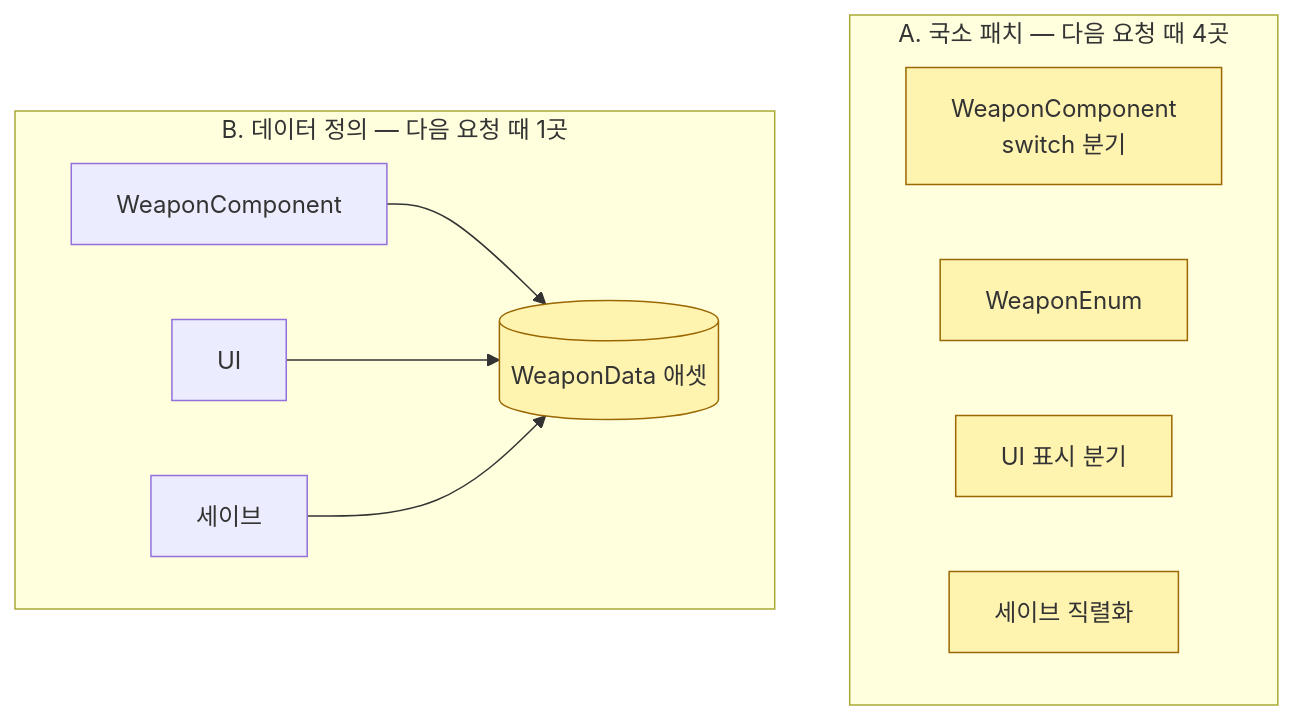
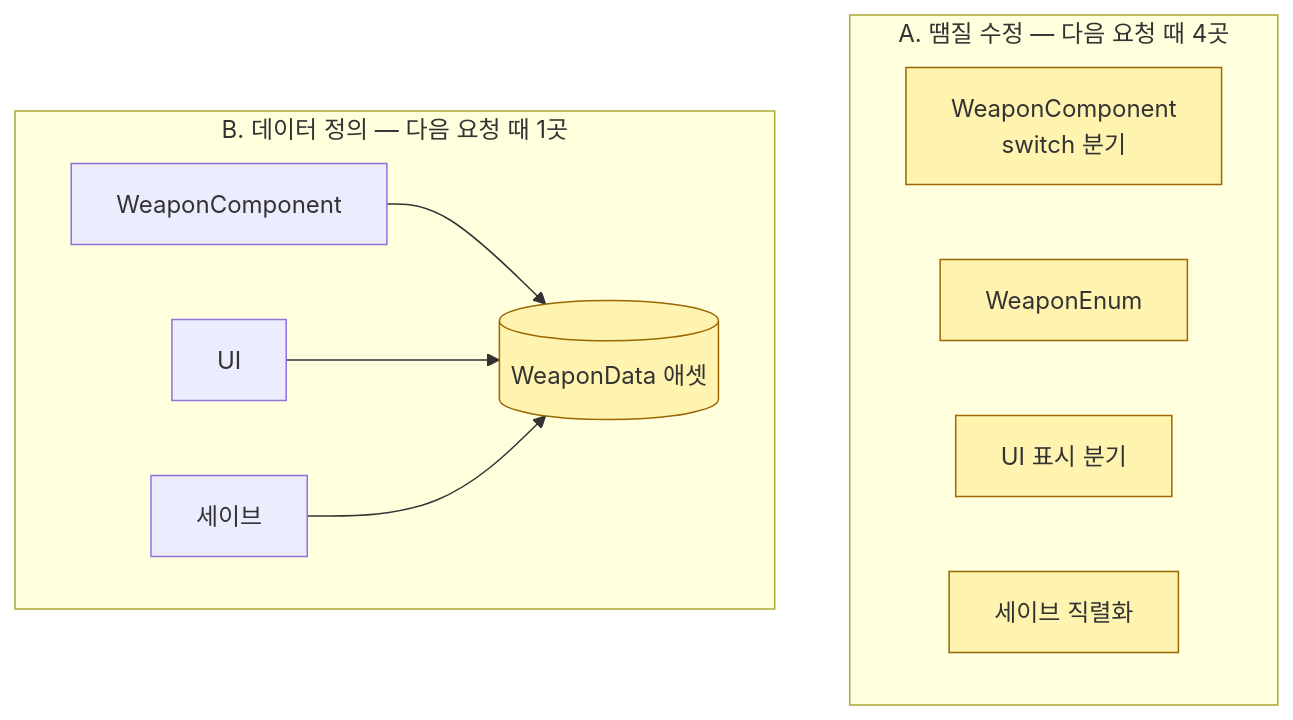
Before and after one commit to jokate/jokate-harness: the second of 3 diagrams in skills/game-architecture/references/diagrams.md, drawn with Mermaid. The commit also changed other lines of this file and 43 other files, not shown here.

````diff
--- a/skills/game-architecture/references/diagrams.md
+++ b/skills/game-architecture/references/diagrams.md
@@ -38,15 +38,15 @@
 ```mermaid
 graph TD
-  subgraph A["A. 국소 패치 — 다음 요청 때 4곳"]
+  subgraph A["A. 땜질 수정 — 다음 요청 때 4곳"]
     A1[WeaponComponent<br/>switch 분기]:::hit
     A2[WeaponEnum]:::hit
     A3[UI 표시 분기]:::hit
     A4[세이브 직렬화]:::hit
   end
   subgraph B["B. 데이터 정의 — 다음 요청 때 1곳"]
     B1[WeaponComponent] --> B2[(WeaponData 애셋)]:::hit
     B3[UI] --> B2
     B4[세이브] --> B2
   end
   classDef hit fill:#fff3b0,stroke:#9a6700
 ```
````
